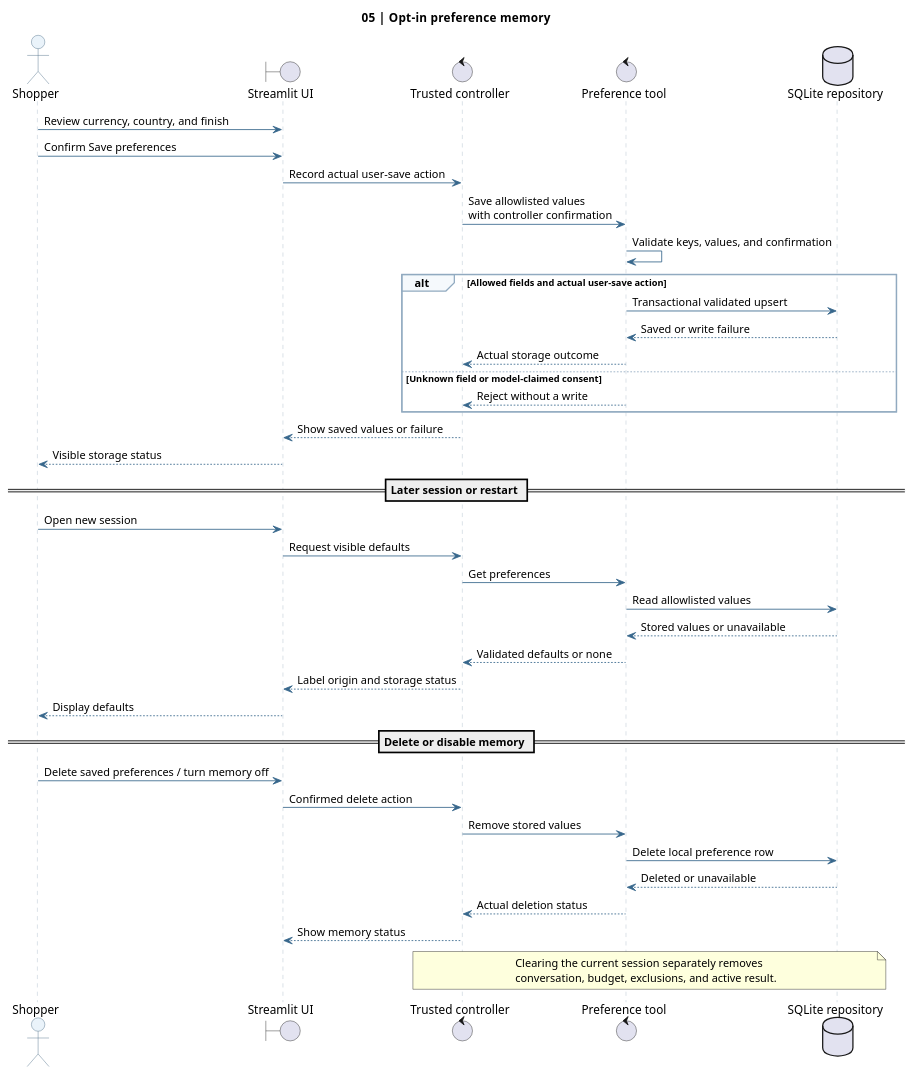
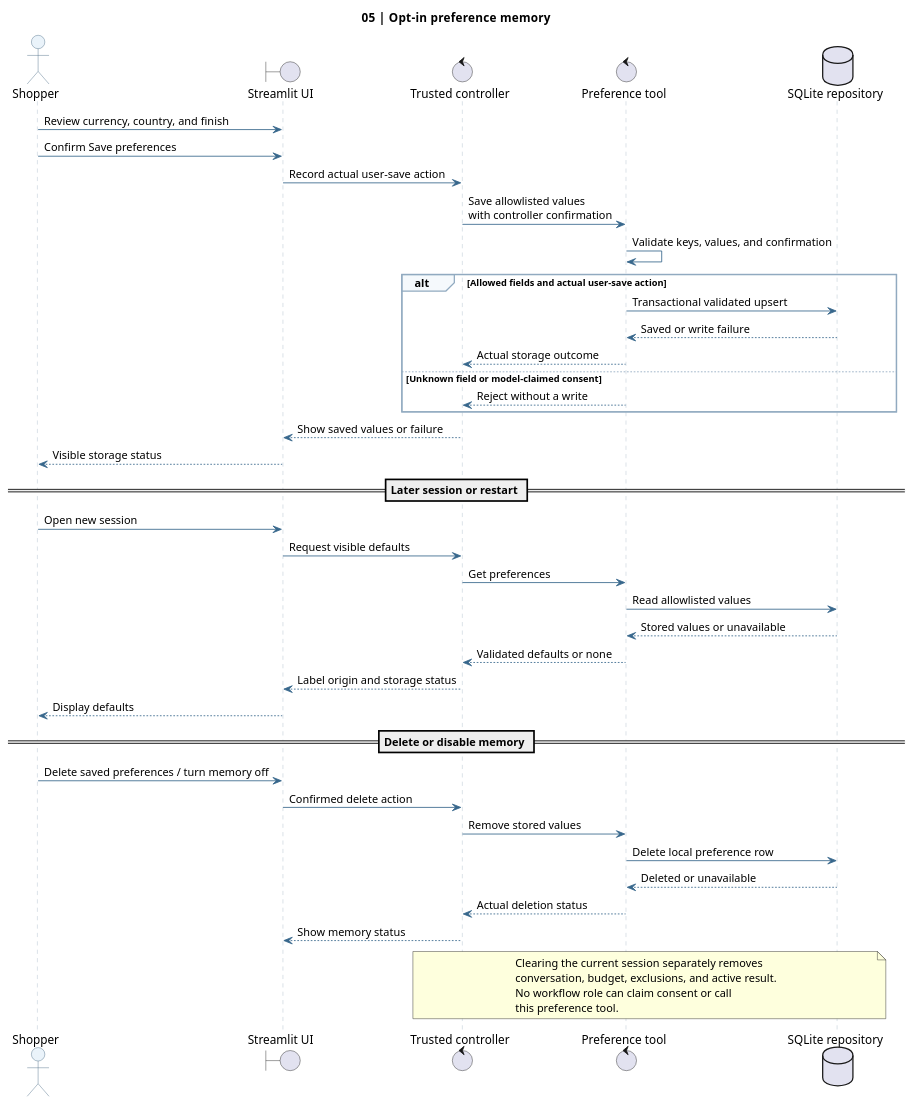
The diagram in docs/architecture/preference-memory.puml (shuklasaket/cosmetics-product-advisor), drawn with PlantUML before and after one commit. The commit also changed 24 other files, not shown here.

First line of the commit message:
docs(repo): define bounded five-role architecture (#43)

```diff
--- a/docs/architecture/preference-memory.puml
+++ b/docs/architecture/preference-memory.puml
@@ -1,63 +1,65 @@
 @startuml
 title 05  |  Opt-in preference memory
 
 skinparam backgroundColor #FFFFFF
 skinparam defaultFontName Arial
 skinparam sequence {
   ArrowColor #37678C
   LifeLineBorderColor #A9BAC8
   ParticipantBorderColor #476782
   ParticipantBackgroundColor #EAF3FA
   ActorBorderColor #476782
   ActorBackgroundColor #EAF3FA
   GroupBorderColor #91AAC0
   GroupBackgroundColor #F5F9FC
   NoteBorderColor #D7B766
   NoteBackgroundColor #FFF8E7
 }
 
 actor Shopper
 boundary "Streamlit UI" as UI
 control "Trusted controller" as Controller
 control "Preference tool" as Preferences
 database "SQLite repository" as Store
 
 Shopper -> UI: Review currency, country, and finish
 Shopper -> UI: Confirm Save preferences
 UI -> Controller: Record actual user-save action
 Controller -> Preferences: Save allowlisted values\nwith controller confirmation
 Preferences -> Preferences: Validate keys, values, and confirmation
 alt Allowed fields and actual user-save action
   Preferences -> Store: Transactional validated upsert
   Store --> Preferences: Saved or write failure
   Preferences --> Controller: Actual storage outcome
 else Unknown field or model-claimed consent
   Preferences --> Controller: Reject without a write
 end
 Controller --> UI: Show saved values or failure
 UI --> Shopper: Visible storage status
 
 == Later session or restart ==
 Shopper -> UI: Open new session
 UI -> Controller: Request visible defaults
 Controller -> Preferences: Get preferences
 Preferences -> Store: Read allowlisted values
 Store --> Preferences: Stored values or unavailable
 Preferences --> Controller: Validated defaults or none
 Controller --> UI: Label origin and storage status
 UI --> Shopper: Display defaults
 
 == Delete or disable memory ==
 Shopper -> UI: Delete saved preferences / turn memory off
 UI -> Controller: Confirmed delete action
 Controller -> Preferences: Remove stored values
 Preferences -> Store: Delete local preference row
 Store --> Preferences: Deleted or unavailable
 Preferences --> Controller: Actual deletion status
 Controller --> UI: Show memory status
 
 note over Controller, Store
   Clearing the current session separately removes
   conversation, budget, exclusions, and active result.
+  No workflow role can claim consent or call
+  this preference tool.
 end note
 @enduml
```
